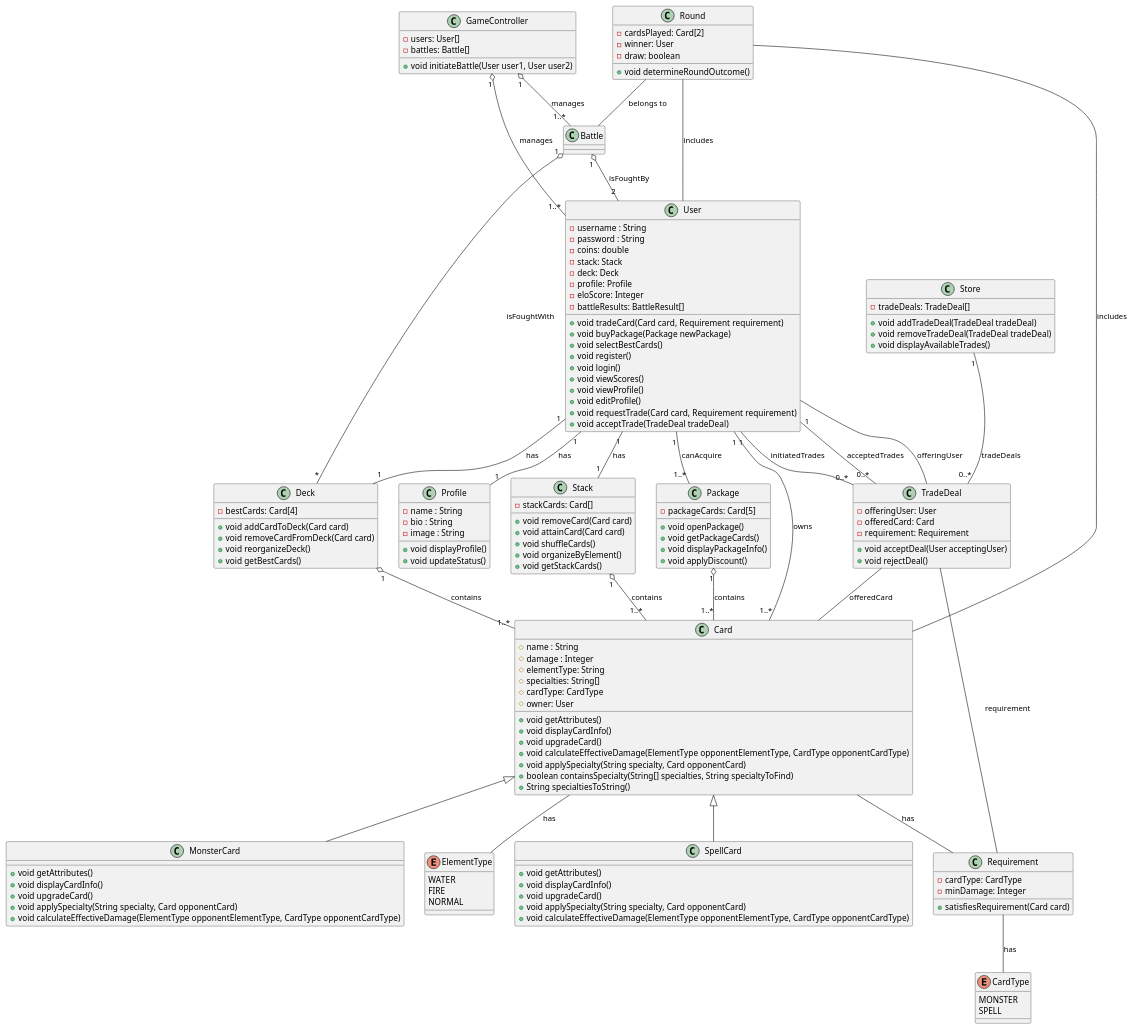
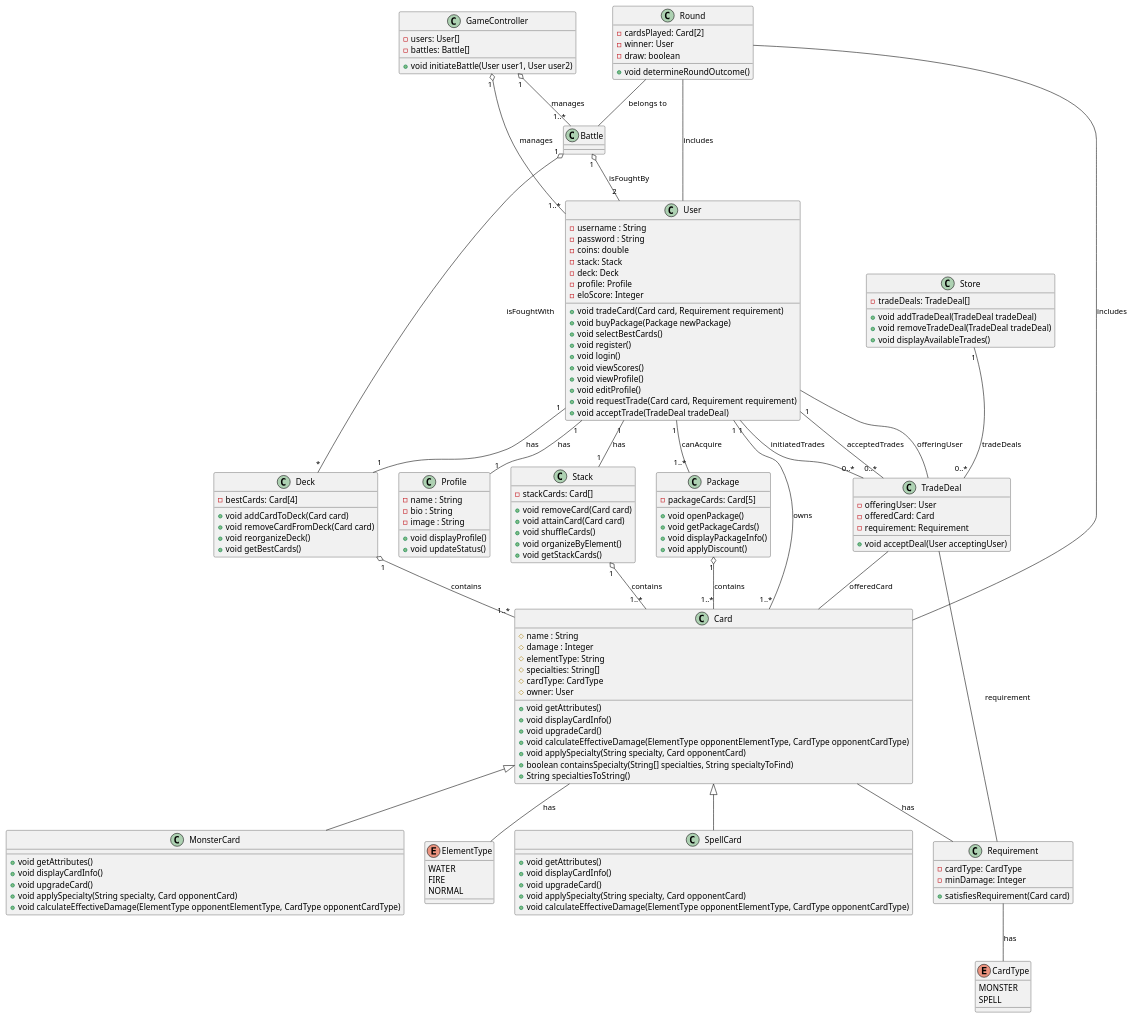
Before and after one commit to gregory567/Monster-Trading-Cards-Game-MTCG: the diagram in src/main/java/org/example/Klassen.puml, drawn with PlantUML. The commit also changed 8 other files, not shown here.

```diff
--- a/src/main/java/org/example/Klassen.puml
+++ b/src/main/java/org/example/Klassen.puml
@@ -1,175 +1,173 @@
 @startuml
 'https://plantuml.com/sequence-diagram
 
 class User {
     - username : String
     - password : String
     - coins: double
     - stack: Stack
     - deck: Deck
     - profile: Profile
     - eloScore: Integer
-    - battleResults: BattleResult[]
     + void tradeCard(Card card, Requirement requirement)
     + void buyPackage(Package newPackage)
     + void selectBestCards()
     + void register()
     + void login()
     + void viewScores()
     + void viewProfile()
     + void editProfile()
     + void requestTrade(Card card, Requirement requirement)
     + void acceptTrade(TradeDeal tradeDeal)
 }
 
 class Store {
     - tradeDeals: TradeDeal[]
     + void addTradeDeal(TradeDeal tradeDeal)
     + void removeTradeDeal(TradeDeal tradeDeal)
     + void displayAvailableTrades()
 }
 
 class TradeDeal {
     - offeringUser: User
     - offeredCard: Card
     - requirement: Requirement
     + void acceptDeal(User acceptingUser)
-    + void rejectDeal()
 }
 
 class Profile {
     - name : String
     - bio : String
     - image : String
     + void displayProfile()
     + void updateStatus()
 }
 
 class Card {
     # name : String
     # damage : Integer
     # elementType: String
     # specialties: String[]
     # cardType: CardType
     # owner: User
     + void getAttributes()
     + void displayCardInfo()
     + void upgradeCard()
     + void calculateEffectiveDamage(ElementType opponentElementType, CardType opponentCardType)
     + void applySpecialty(String specialty, Card opponentCard)
     + boolean containsSpecialty(String[] specialties, String specialtyToFind)
     + String specialtiesToString()
 }
 
 class SpellCard {
     + void getAttributes()
     + void displayCardInfo()
     + void upgradeCard()
     + void applySpecialty(String specialty, Card opponentCard)
     + void calculateEffectiveDamage(ElementType opponentElementType, CardType opponentCardType)
 }
 
 class MonsterCard {
     + void getAttributes()
     + void displayCardInfo()
     + void upgradeCard()
     + void applySpecialty(String specialty, Card opponentCard)
     + void calculateEffectiveDamage(ElementType opponentElementType, CardType opponentCardType)
 }
 
 class Stack{
     - stackCards: Card[]
     + void removeCard(Card card)
     + void attainCard(Card card)
     + void shuffleCards()
     + void organizeByElement()
     + void getStackCards()
 }
 
 class Package {
     - packageCards: Card[5]
     + void openPackage()
     + void getPackageCards()
     + void displayPackageInfo()
     + void applyDiscount()
 }
 
 class Deck {
     - bestCards: Card[4]
     + void addCardToDeck(Card card)
     + void removeCardFromDeck(Card card)
     + void reorganizeDeck()
     + void getBestCards()
 }
 
 enum ElementType {
     WATER
     FIRE
     NORMAL
 }
 
 class Requirement {
     - cardType: CardType
     - minDamage: Integer
     + satisfiesRequirement(Card card)
 }
 
 enum CardType {
     MONSTER
     SPELL
 }
 
 class GameController {
     - users: User[]
     - battles: Battle[]
     + void initiateBattle(User user1, User user2)
 }
 
 class Round {
     - cardsPlayed: Card[2]
     - winner: User
     - draw: boolean
     + void determineRoundOutcome()
 }
 
 class Battle {
 
 }
 
 Card <|-- MonsterCard
 Card <|-- SpellCard
 
 User "1" -- "1..*" Card : owns
 User "1" -- "1" Deck : has
 User "1" -- "1..*" Package : canAcquire
 User "1" -- "1" Stack : has
 User "1" -- "1" Profile : has
 
 Stack "1" o-- "1..*" Card : contains
 Package "1" o-- "1..*" Card : contains
 Deck "1" o-- "1..*" Card : contains
 
 Battle "1" o-- "*" Deck : isFoughtWith
 Battle "1" o-- "2" User : isFoughtBy
 
 GameController "1" o-- "1..*" User : manages
 GameController "1" o-- "1..*" Battle : manages
 
 Card -- ElementType : has
 Card -- Requirement : has
 Requirement -- CardType : has
 
 Round -- Card : includes
 Round -- User : includes
 Round -- Battle : belongs to
 
 TradeDeal -- User : offeringUser
 TradeDeal -- Card : offeredCard
 TradeDeal -- Requirement : requirement
 
 Store "1" -- "0..*" TradeDeal : tradeDeals
 
 User "1" -- "0..*" TradeDeal : initiatedTrades
 User "1" -- "0..*" TradeDeal : acceptedTrades
 
 @enduml
```
